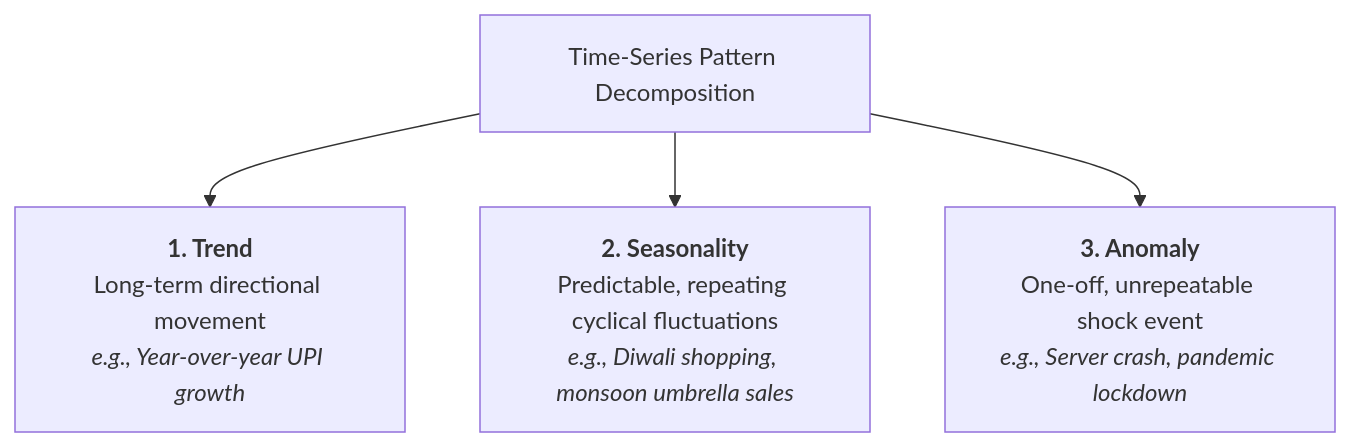
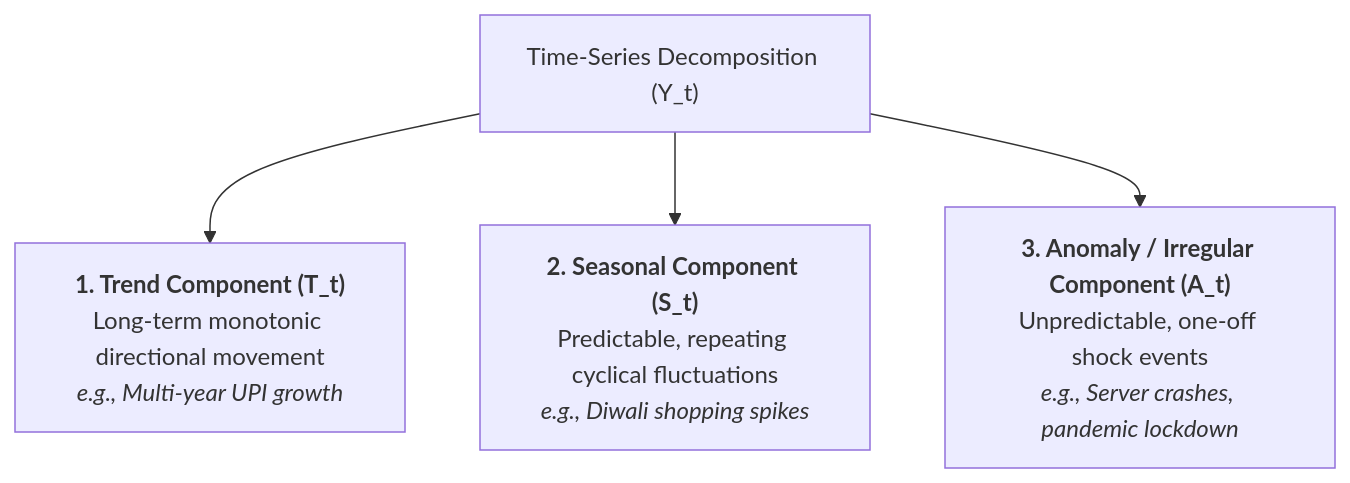
The sixth of 8 diagrams in notes/data_analysis/Chapter9_Features_of_Business_Data.md (DeepLumiere/DeepSkills), drawn with Mermaid before and after one commit. The commit also changed other lines of this file and 8 other files, not shown here.

````diff
--- a/notes/data_analysis/Chapter9_Features_of_Business_Data.md
+++ b/notes/data_analysis/Chapter9_Features_of_Business_Data.md
@@ -183,7 +149,7 @@
 ```mermaid
 flowchart TD
-    TimeSeries["Time-Series Pattern Decomposition"]
-    TimeSeries --> T["<b>1. Trend</b><br/>Long-term directional movement<br/><i>e.g., Year-over-year UPI growth</i>"]
-    TimeSeries --> S["<b>2. Seasonality</b><br/>Predictable, repeating cyclical fluctuations<br/><i>e.g., Diwali shopping, monsoon umbrella sales</i>"]
-    TimeSeries --> A["<b>3. Anomaly</b><br/>One-off, unrepeatable shock event<br/><i>e.g., Server crash, pandemic lockdown</i>"]
+    TimeSeries["Time-Series Decomposition (Y_t)"]
+    TimeSeries --> T["<b>1. Trend Component (T_t)</b><br/>Long-term monotonic directional movement<br/><i>e.g., Multi-year UPI growth</i>"]
+    TimeSeries --> S["<b>2. Seasonal Component (S_t)</b><br/>Predictable, repeating cyclical fluctuations<br/><i>e.g., Diwali shopping spikes</i>"]
+    TimeSeries --> A["<b>3. Anomaly / Irregular Component (A_t)</b><br/>Unpredictable, one-off shock events<br/><i>e.g., Server crashes, pandemic lockdown</i>"]
 ```
````
